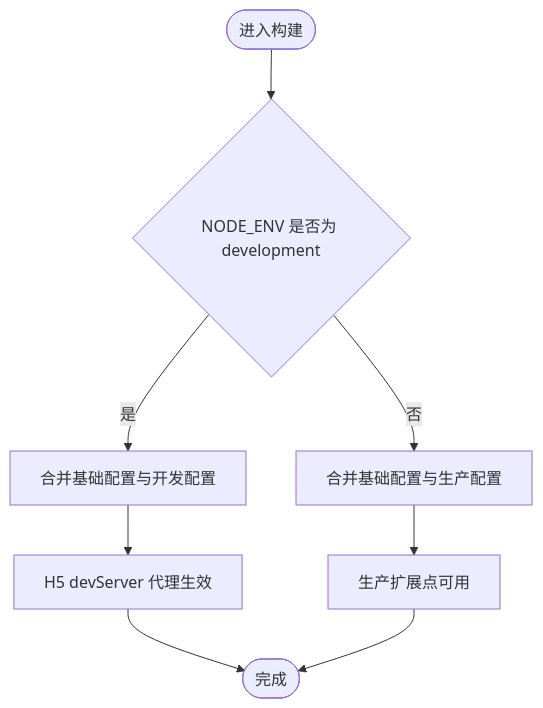
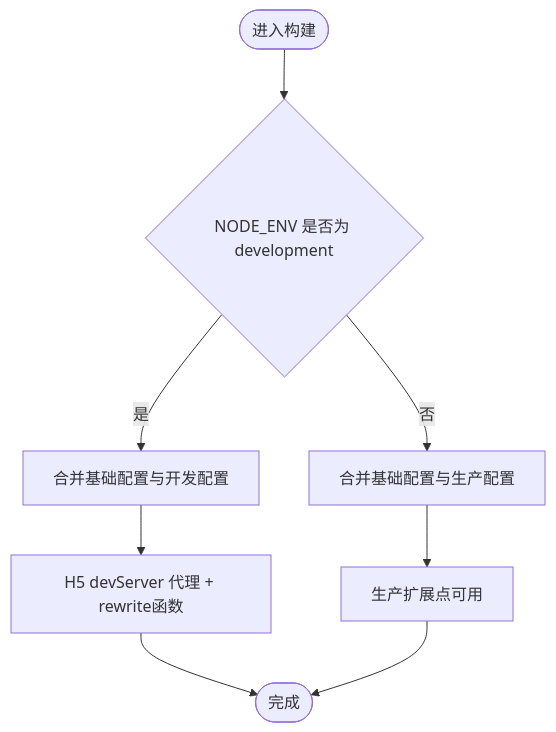
Before and after one commit to zuolinbao/redbook: the fourth of 11 diagrams in .qoder/repowiki/zh/content/架构设计/构建配置系统.md, drawn with Mermaid. The commit also changed other lines of this file and 23 other files, not shown here.

````diff
--- a/.qoder/repowiki/zh/content/架构设计/构建配置系统.md
+++ b/.qoder/repowiki/zh/content/架构设计/构建配置系统.md
@@ -125,10 +157,10 @@
 ```mermaid
 flowchart TD
 Start(["进入构建"]) --> Env{"NODE_ENV 是否为 development"}
 Env --> |是| MergeDev["合并基础配置与开发配置"]
 Env --> |否| MergeProd["合并基础配置与生产配置"]
-MergeDev --> DevProxy["H5 devServer 代理生效"]
+MergeDev --> DevProxy["H5 devServer 代理 + rewrite函数"]
 MergeProd --> ProdExt["生产扩展点可用"]
 DevProxy --> End(["完成"])
 ProdExt --> End
 ```
````
